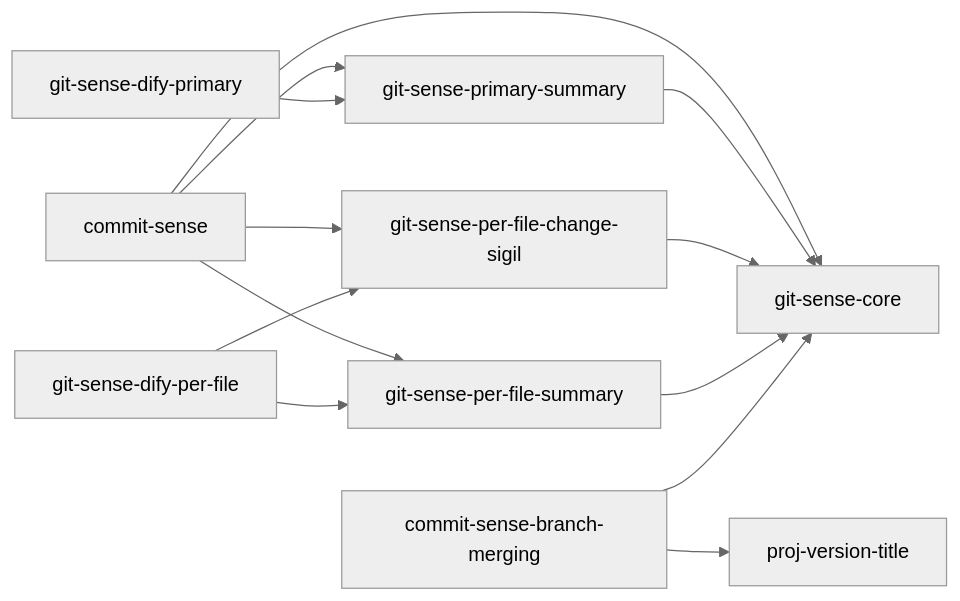
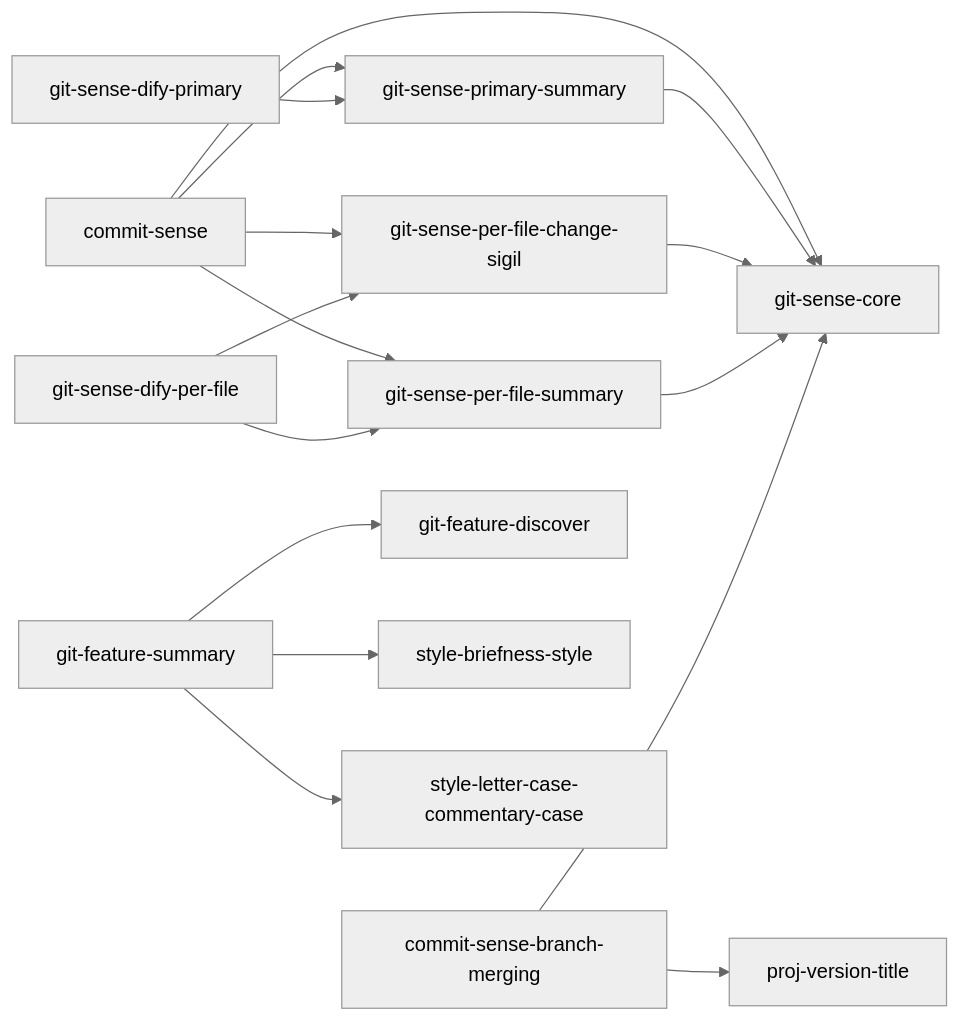
Before and after one commit to kami-lel/kaye-library: the third of 7 diagrams in docs/blueprint-doc.md, drawn with Mermaid (neutral theme). The commit also changed 2 other files, not shown here.

Commit message:
register internal blueprints: feature discover & summary
summary depends on discover plus Briefness & Commentary Case styles;
dependency graph doc gains the new edges

🟢`branch.md` add discover & summary sections for feature branch
🟢`branch_bp.py` register git-feature-discover/summary w/ style deps
📖`blueprint-doc.md` add git-feature-summary dependency edges

````diff
--- a/docs/blueprint-doc.md
+++ b/docs/blueprint-doc.md
@@ -76,15 +76,18 @@
 ```mermaid
 flowchart LR
     commit_sense["commit-sense"] --> git_sense_core["git-sense-core"]
     commit_sense --> git_sense_primary_summary["git-sense-primary-summary"]
     commit_sense --> git_sense_per_file_change_sigil["git-sense-per-file-change-sigil"]
     commit_sense --> git_sense_per_file_summary["git-sense-per-file-summary"]
     git_sense_primary_summary --> git_sense_core
     git_sense_per_file_change_sigil --> git_sense_core
     git_sense_per_file_summary --> git_sense_core
     commit_sense_branch_merging["commit-sense-branch-merging"] --> git_sense_core
     commit_sense_branch_merging --> proj_version_title["proj-version-title"]
     git_sense_dify_primary["git-sense-dify-primary"] --> git_sense_primary_summary
     git_sense_dify_per_file["git-sense-dify-per-file"] --> git_sense_per_file_change_sigil
     git_sense_dify_per_file --> git_sense_per_file_summary
+    git_feature_summary["git-feature-summary"] --> git_feature_discover["git-feature-discover"]
+    git_feature_summary --> style_briefness_style["style-briefness-style"]
+    git_feature_summary --> style_letter_case_commentary_case["style-letter-case-commentary-case"]
 ```
````
